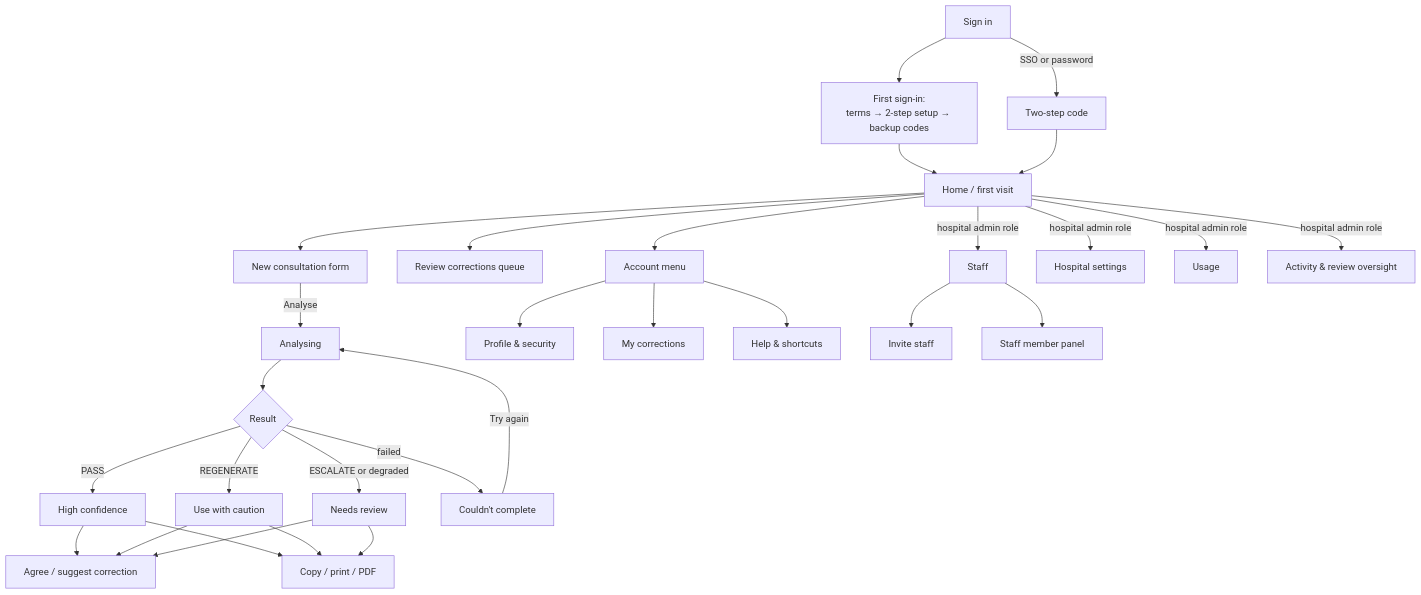
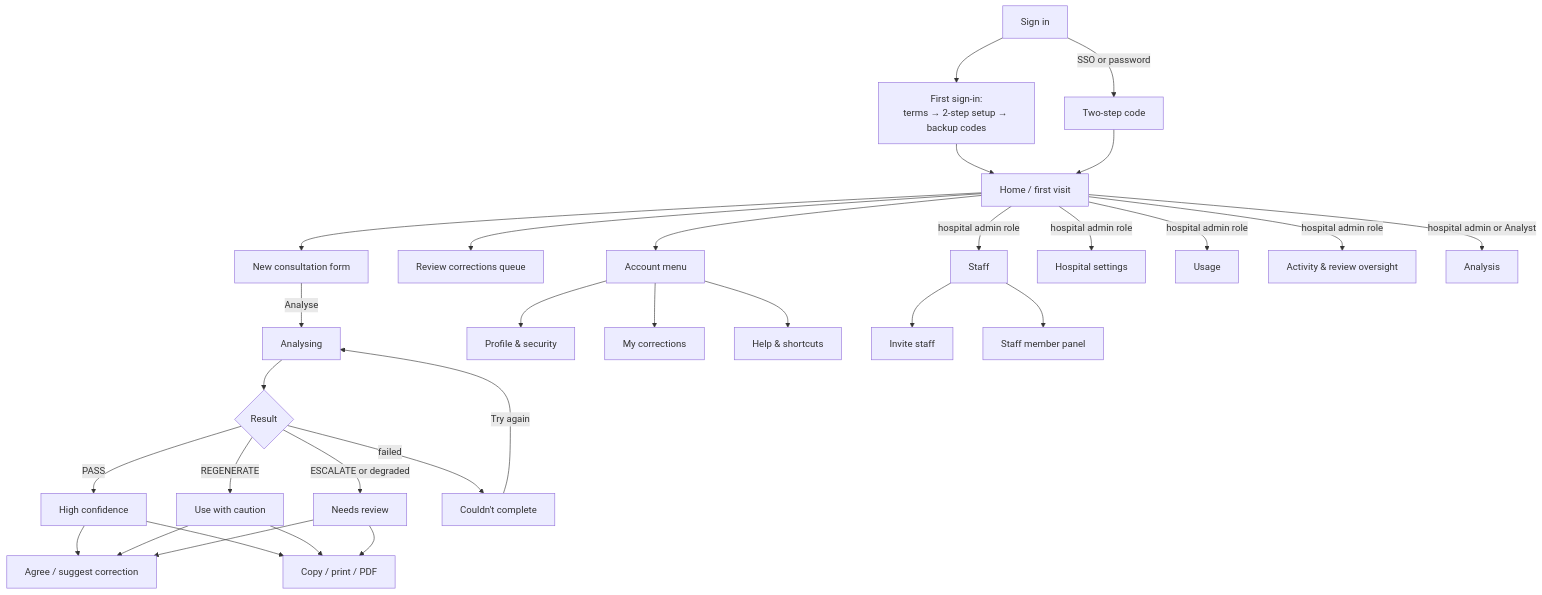
The fourth of 10 diagrams in ARCHITECTURE.md (Measured-Health/mhai-web), drawn with Mermaid before and after one commit. The commit also changed other lines of this file and 6 other files, not shown here.

````diff
--- a/ARCHITECTURE.md
+++ b/ARCHITECTURE.md
@@ -194,28 +203,29 @@
 ```mermaid
 flowchart TD
     login[Sign in] -->|SSO or password| mfa[Two-step code]
     login --> first[First sign-in:<br/>terms → 2-step setup → backup codes]
     first --> home
     mfa --> home[Home / first visit]
     home --> form[New consultation form]
     form -->|Analyse| proc[Analysing]
     proc --> res{Result}
     res -->|PASS| high[High confidence]
     res -->|REGENERATE| caution[Use with caution]
     res -->|ESCALATE or degraded| review[Needs review]
     res -->|failed| failed[Couldn't complete]
     high & caution & review --> fb[Agree / suggest correction]
     high & caution & review --> exp[Copy / print / PDF]
     failed -->|Try again| proc
     home --> rq[Review corrections queue]
     home --> acct[Account menu]
     acct --> prof[Profile & security]
     acct --> mine[My corrections]
     acct --> help[Help & shortcuts]
     home -->|hospital admin role| hstaff[Staff]
     hstaff --> hinv[Invite staff]
     hstaff --> hmem[Staff member panel]
     home -->|hospital admin role| hset[Hospital settings]
     home -->|hospital admin role| huse[Usage]
     home -->|hospital admin role| hact[Activity & review oversight]
+    home -->|hospital admin or Analyst| ana[Analysis]
 ```
````
